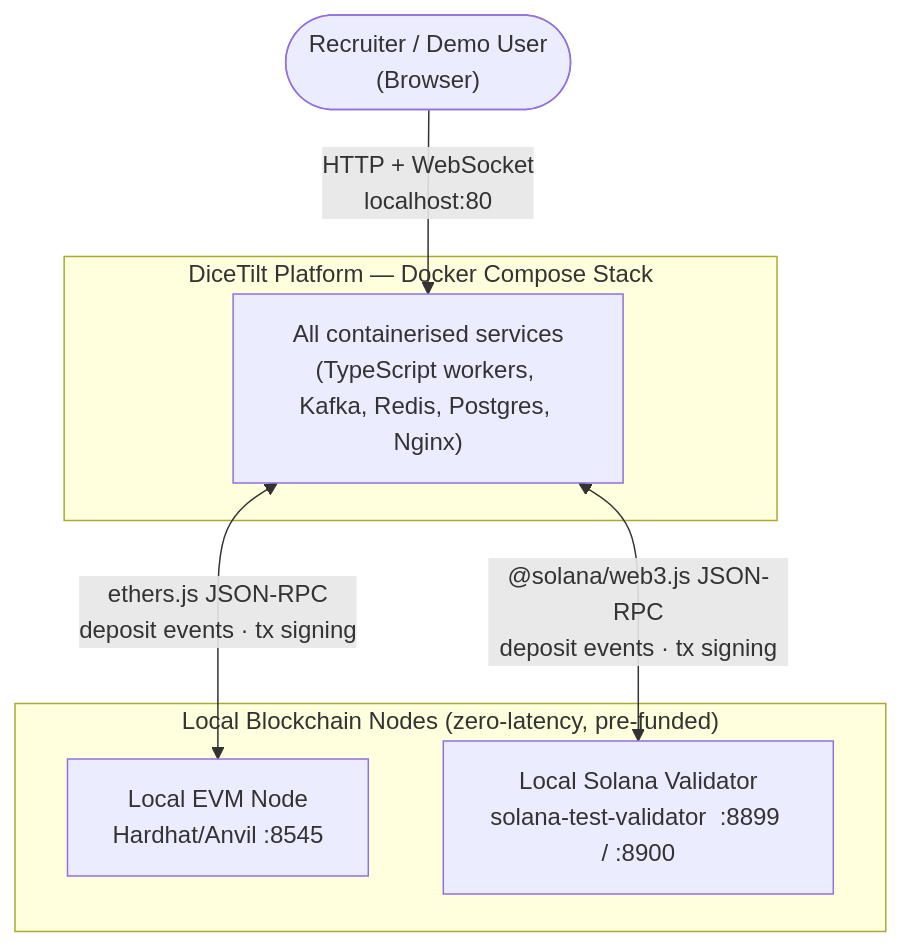
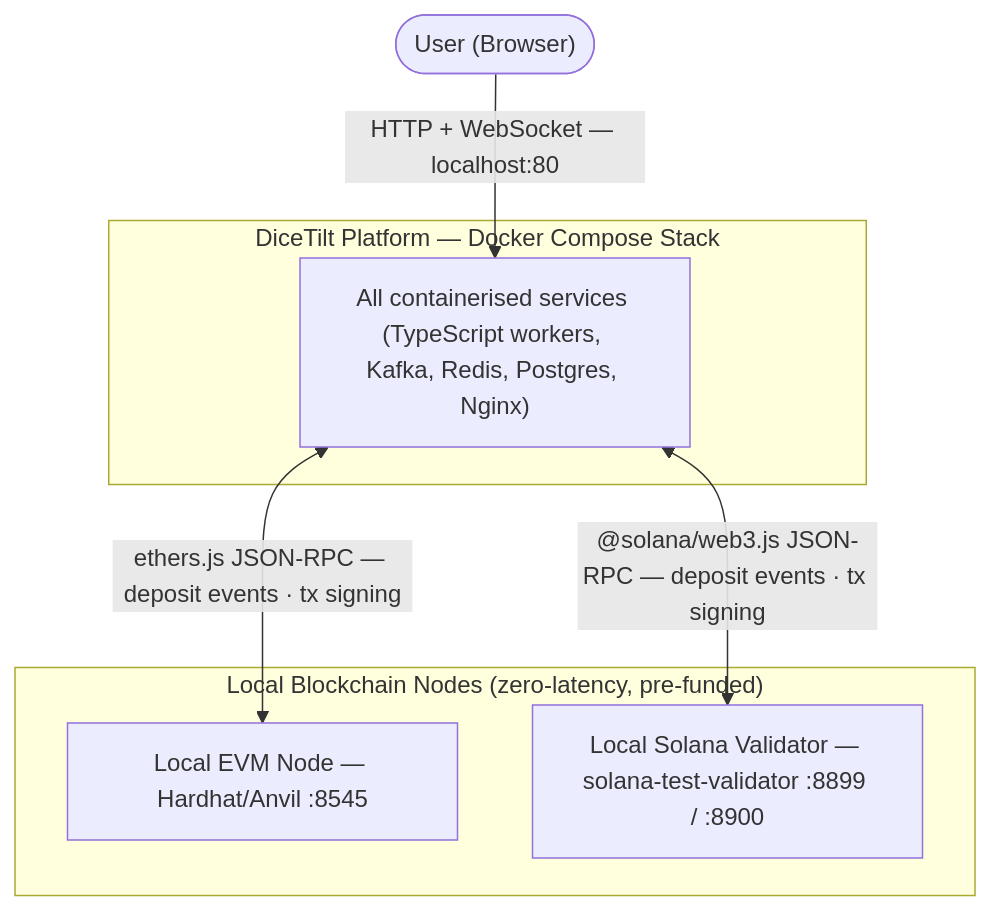
The first of 3 diagrams in documentation/architecture-overview.md (Fennzo/DiceTilt), drawn with Mermaid before and after one commit. The commit also changed other lines of this file and 16 other files, not shown here.

````diff
--- a/documentation/architecture-overview.md
+++ b/documentation/architecture-overview.md
@@ -13,17 +11,17 @@
 ```mermaid
 graph TD
-    User(["Recruiter / Demo User\n(Browser)"])
+    User(["User (Browser)"])
 
     subgraph "DiceTilt Platform — Docker Compose Stack"
-        DT["All containerised services\n(TypeScript workers, Kafka, Redis, Postgres, Nginx)"]
+        DT["All containerised services (TypeScript workers, Kafka, Redis, Postgres, Nginx)"]
     end
 
     subgraph "Local Blockchain Nodes (zero-latency, pre-funded)"
-        EVM["Local EVM Node\nHardhat/Anvil  :8545"]
-        SOL["Local Solana Validator\nsolana-test-validator  :8899 / :8900"]
+        EVM["Local EVM Node — Hardhat/Anvil :8545"]
+        SOL["Local Solana Validator — solana-test-validator :8899 / :8900"]
     end
 
-    User -->|"HTTP + WebSocket\nlocalhost:80"| DT
-    DT <-->|"ethers.js JSON-RPC\ndeposit events · tx signing"| EVM
-    DT <-->|"@solana/web3.js JSON-RPC\ndeposit events · tx signing"| SOL
+    User -->|"HTTP + WebSocket — localhost:80"| DT
+    DT <-->|"ethers.js JSON-RPC — deposit events · tx signing"| EVM
+    DT <-->|"@solana/web3.js JSON-RPC — deposit events · tx signing"| SOL
 ```
````
